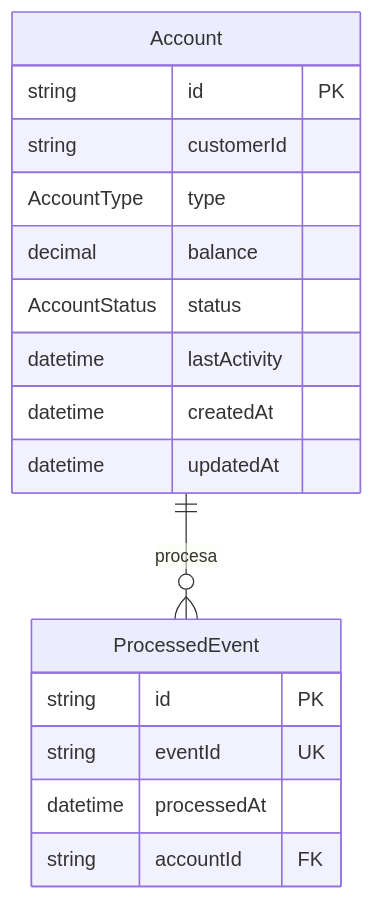
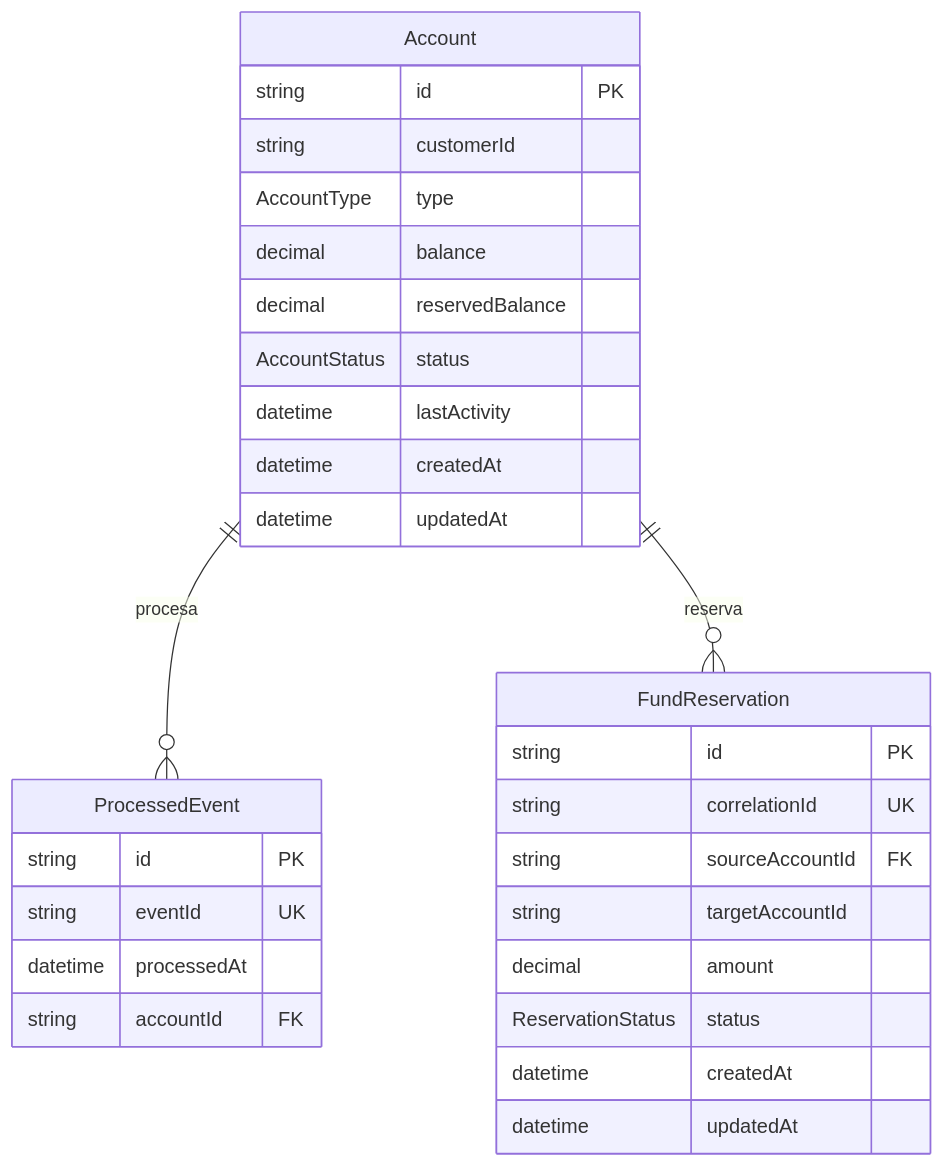
Before and after one commit to GaryAlexAC/Proyecto-SA-B-11: the second of 5 diagrams in Docs/domain/domain-model.md, drawn with Mermaid. The commit also changed other lines of this file and 6 other files, not shown here.

Commit message:
docs: documentar Saga coreografiada y diagramas Entidad-Relación

````diff
--- a/Docs/domain/domain-model.md
+++ b/Docs/domain/domain-model.md
@@ -83,20 +83,32 @@
 ```mermaid
 erDiagram
     Account {
         string id PK
         string customerId
         AccountType type
         decimal balance
+        decimal reservedBalance
         AccountStatus status
         datetime lastActivity
         datetime createdAt
         datetime updatedAt
     }
     ProcessedEvent {
         string id PK
         string eventId UK
         datetime processedAt
         string accountId FK
     }
+    FundReservation {
+        string id PK
+        string correlationId UK
+        string sourceAccountId FK
+        string targetAccountId
+        decimal amount
+        ReservationStatus status
+        datetime createdAt
+        datetime updatedAt
+    }
     Account ||--o{ ProcessedEvent : "procesa"
+    Account ||--o{ FundReservation : "reserva"
 ```
````
